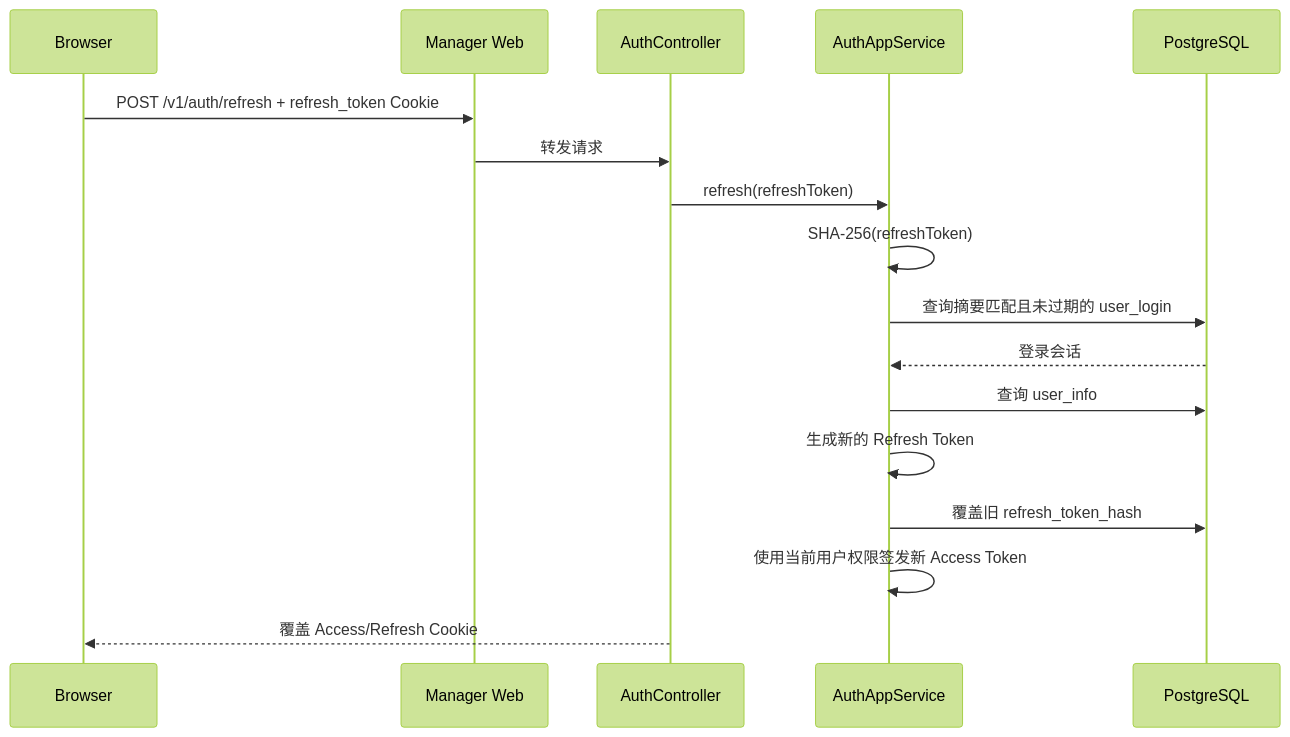
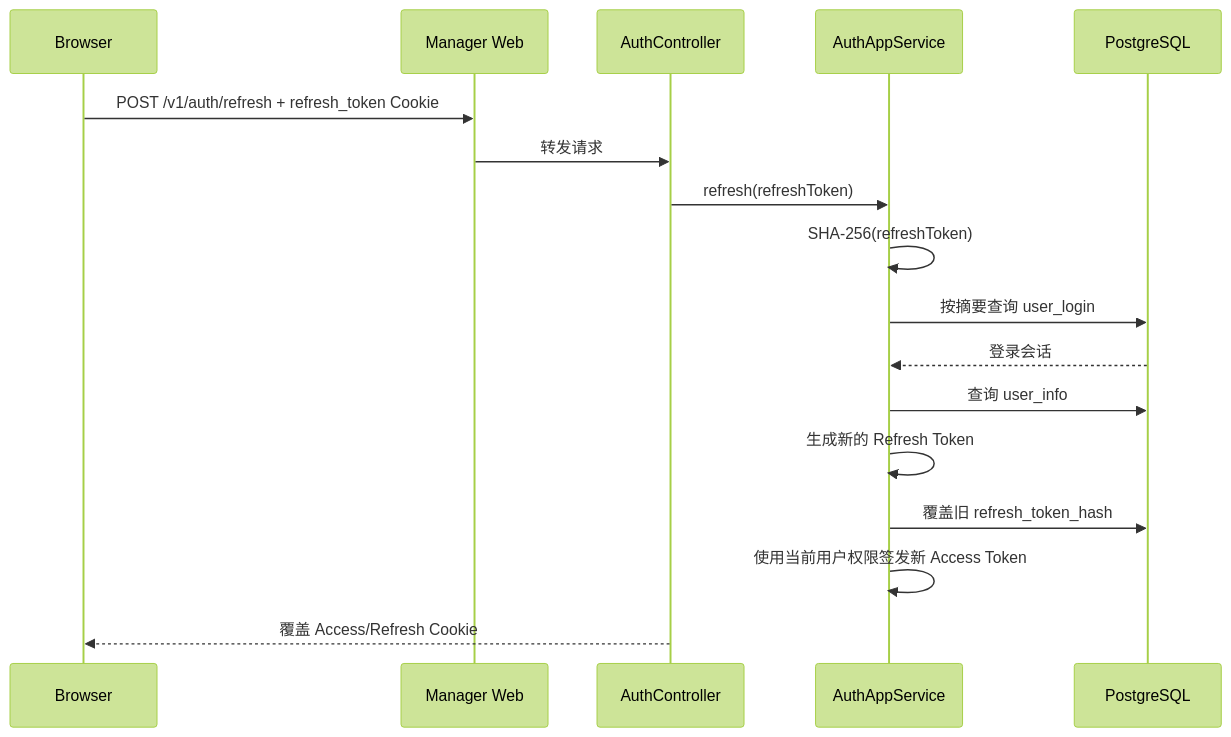
The second of 2 diagrams in docs/modules/manager/auth_and_session.md (bbcdabao/baosys), drawn with Mermaid (forest theme) before and after one commit. The commit also changed other lines of this file and 70 other files, not shown here.

````diff
--- a/docs/modules/manager/auth_and_session.md
+++ b/docs/modules/manager/auth_and_session.md
@@ -125,20 +126,20 @@
 ```mermaid
 sequenceDiagram
     participant UI as Browser
     participant GW as Manager Web
     participant API as AuthController
     participant S as AuthAppService
     participant DB as PostgreSQL
 
     UI->>GW: POST /v1/auth/refresh + refresh_token Cookie
     GW->>API: 转发请求
     API->>S: refresh(refreshToken)
     S->>S: SHA-256(refreshToken)
-    S->>DB: 查询摘要匹配且未过期的 user_login
+    S->>DB: 按摘要查询 user_login
     DB-->>S: 登录会话
     S->>DB: 查询 user_info
     S->>S: 生成新的 Refresh Token
     S->>DB: 覆盖旧 refresh_token_hash
     S->>S: 使用当前用户权限签发新 Access Token
     API-->>UI: 覆盖 Access/Refresh Cookie
 ```
````
